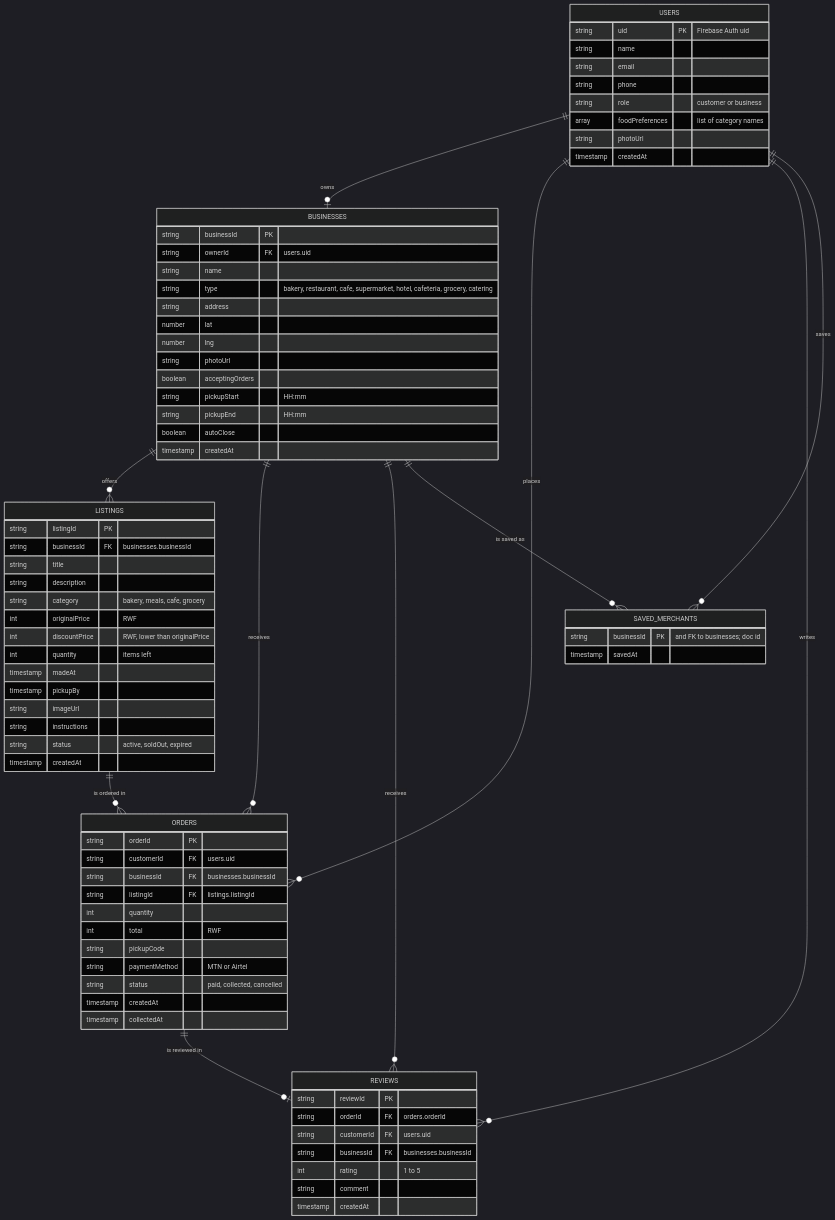
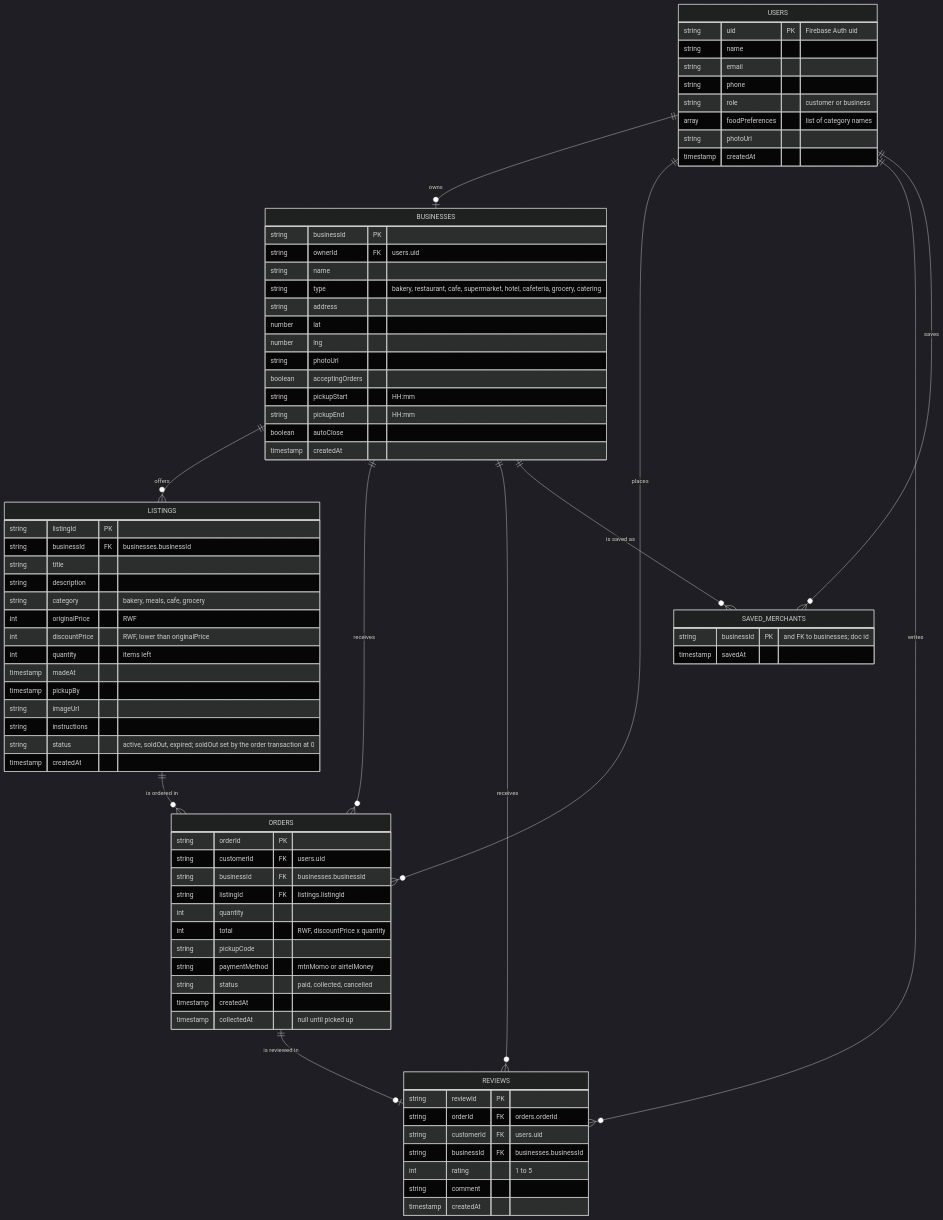
One commit to Melyssa-Ingabe/sokosafi changed the diagram in docs/database/erd.md. Above: the diagram before and after it, drawn with Mermaid (dark theme). The commit also changed other lines of this file, not shown here.

Commit message:
docs(erd): match order fields to the orders feature

```diff
--- a/docs/database/erd.md
+++ b/docs/database/erd.md
@@ -59,7 +57,7 @@
         timestamp pickupBy
         string imageUrl
         string instructions
-        string status "active, soldOut, expired"
+        string status "active, soldOut, expired; soldOut set by the order transaction at 0"
         timestamp createdAt
     }
 
@@ -69,12 +67,12 @@
         string businessId FK "businesses.businessId"
         string listingId FK "listings.listingId"
         int quantity
-        int total "RWF"
+        int total "RWF, discountPrice x quantity"
         string pickupCode
-        string paymentMethod "MTN or Airtel"
+        string paymentMethod "mtnMomo or airtelMoney"
         string status "paid, collected, cancelled"
         timestamp createdAt
-        timestamp collectedAt
+        timestamp collectedAt "null until picked up"
     }
 
     REVIEWS {
```
